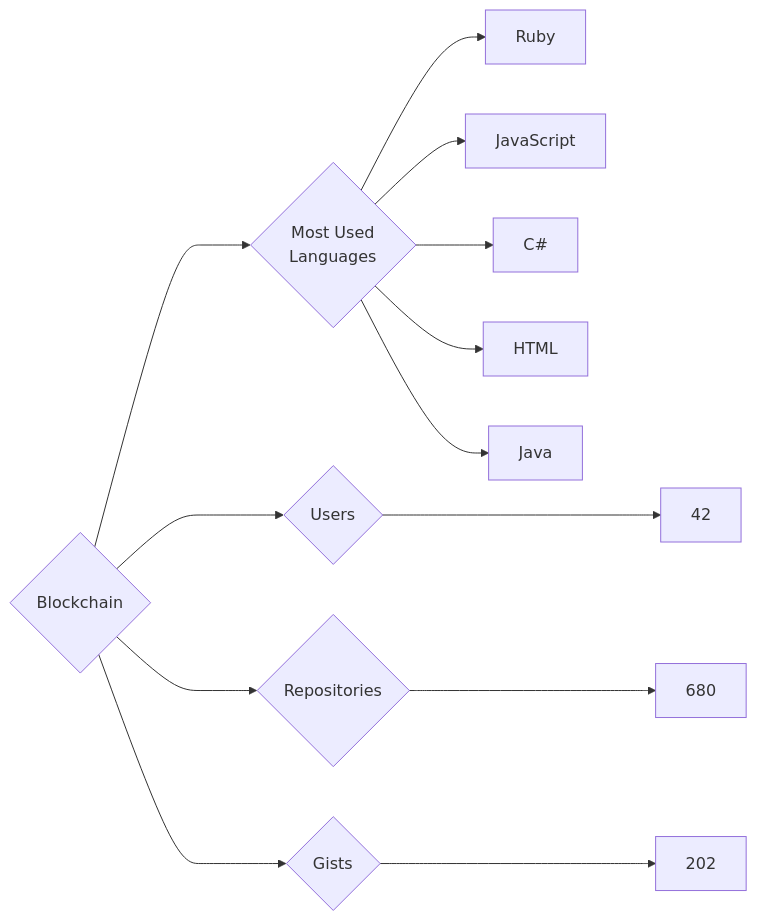
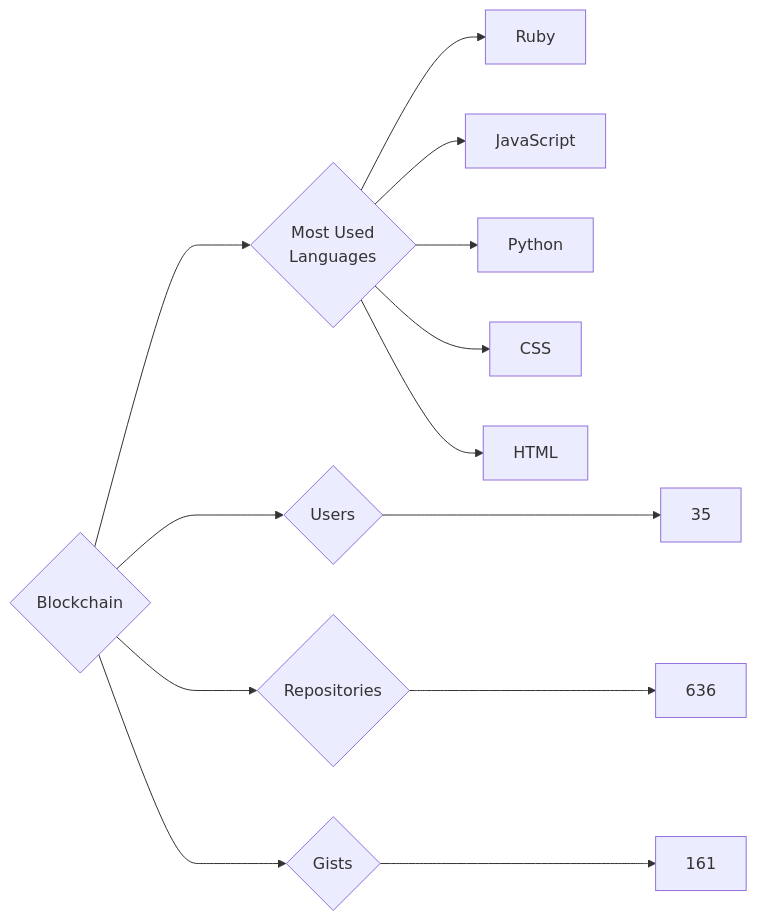
One commit to trickest/insiders changed the diagram in targets/Blockchain/README.md. Above: the diagram before and after it, drawn with Mermaid. The commit also changed 749 other files, not shown here.

````diff
--- a/targets/Blockchain/README.md
+++ b/targets/Blockchain/README.md
@@ -3,13 +3,13 @@
 ```mermaid
 graph LR
 COMPANY_NAME{Blockchain}
-COMPANY_NAME ---> U{Users} ---> UN[42]
-COMPANY_NAME ---> R{Repositories} ---> RN[680]
-COMPANY_NAME ---> G{Gists} ---> GN[202]
+COMPANY_NAME ---> U{Users} ---> UN[35]
+COMPANY_NAME ---> R{Repositories} ---> RN[636]
+COMPANY_NAME ---> G{Gists} ---> GN[161]
 COMPANY_NAME ---> ML{Most Used<br>Languages}
 ML --> Ruby[Ruby]
 ML --> JavaScript[JavaScript]
-ML --> C#[C#]
+ML --> Python[Python]
+ML --> CSS[CSS]
 ML --> HTML[HTML]
-ML --> Java[Java]
 ```
````
